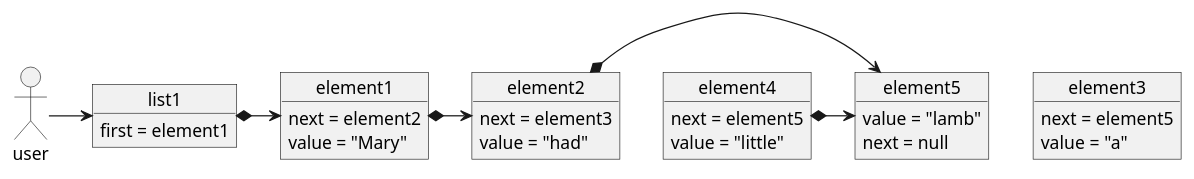
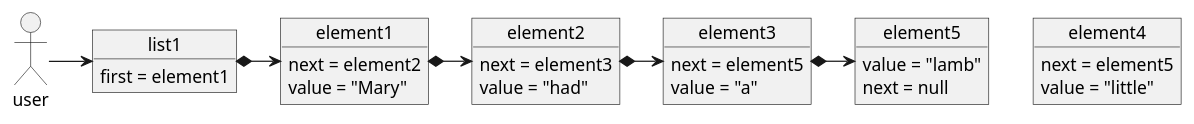
Before and after one commit to Aliracker/refresher: the third of 3 diagrams in assets/list-od.plantuml, drawn with PlantUML. The commit also changed 1 other file, not shown here.

```diff
--- a/assets/list-od.plantuml
+++ b/assets/list-od.plantuml
@@ -55,42 +55,42 @@
 @startuml
 allow_mixing
 
 actor user
 
 object list1 {
 	first = element1
 }
 
 user -right-> list1
 
 object element1 {
 	next = element2
 	value = "Mary"
 }
 
 object element2 {
 	next = element3
 	value = "had"
 }
 
 object element3 {
 	next = element5
 	value = "a"
 }
 
 object element4 {
 	next = element5
 	value = "little"
 }
 
 object element5 {
 	value = "lamb"
 	next = null
 }
 
 list1 *-right-> element1
 element1 *-right-> element2
-element2 *-right-> element5
-element4 *-right-> element5
+element2 *-right-> element3
+element3 *-right-> element5
 
 @enduml
```
